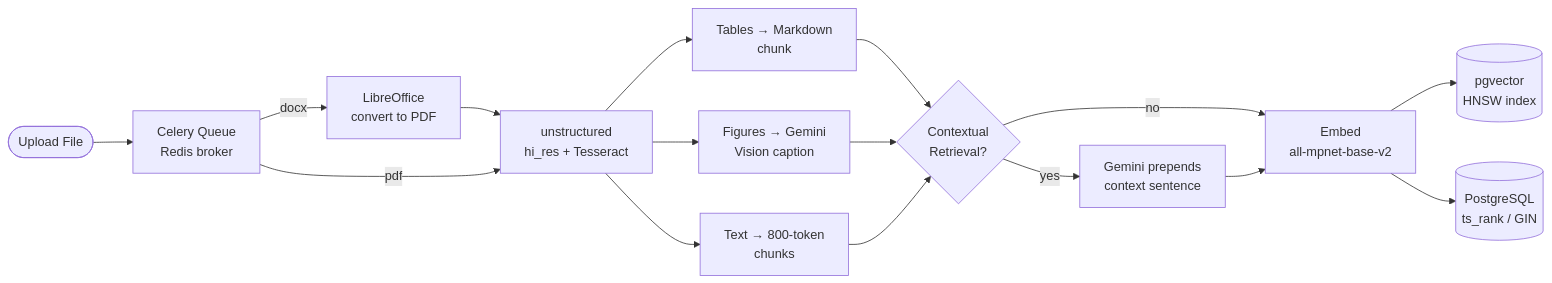
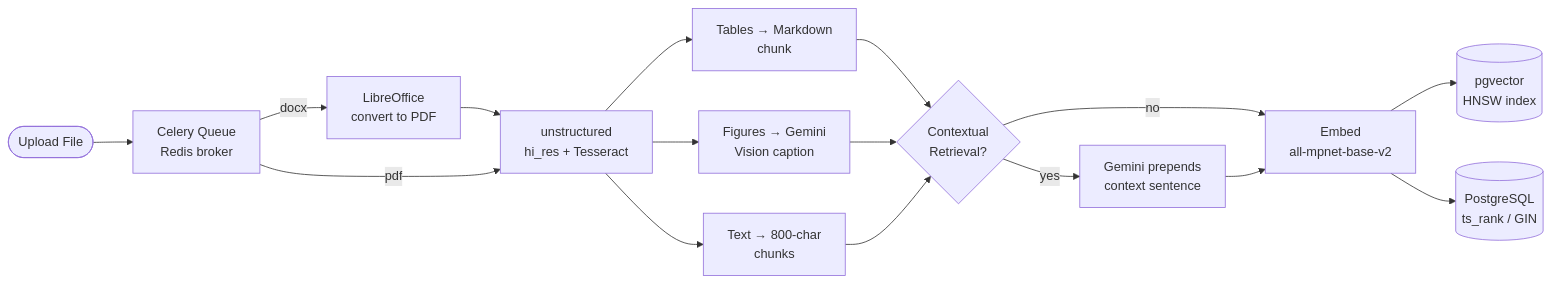
Before and after one commit to robayedl/rag-pdf-assistant: the second of 2 diagrams in README.md, drawn with Mermaid. The commit also changed other lines of this file and 11 other files, not shown here.

````diff
--- a/README.md
+++ b/README.md
@@ -105,20 +110,20 @@
 ```mermaid
 flowchart LR
     FILE([Upload File]) --> Q
     Q[Celery Queue\nRedis broker] 
 
     Q -->|docx| LO[LibreOffice\nconvert to PDF]
     LO --> UP
     Q -->|pdf| UP[unstructured\nhi_res + Tesseract]
 
     UP --> T[Tables → Markdown\nchunk]
     UP --> F[Figures → Gemini\nVision caption]
-    UP --> TX[Text → 800-token\nchunks]
+    UP --> TX[Text → 800-char\nchunks]
 
     T & F & TX --> CR{Contextual\nRetrieval?}
     CR -->|yes| CTX[Gemini prepends\ncontext sentence]
     CR -->|no| EMB
     CTX --> EMB[Embed\nall-mpnet-base-v2]
     EMB --> VEC[(pgvector\nHNSW index)]
     EMB --> TS[(PostgreSQL\nts_rank / GIN)]
 ```
````
